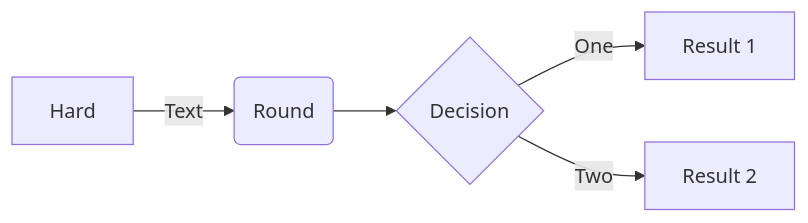
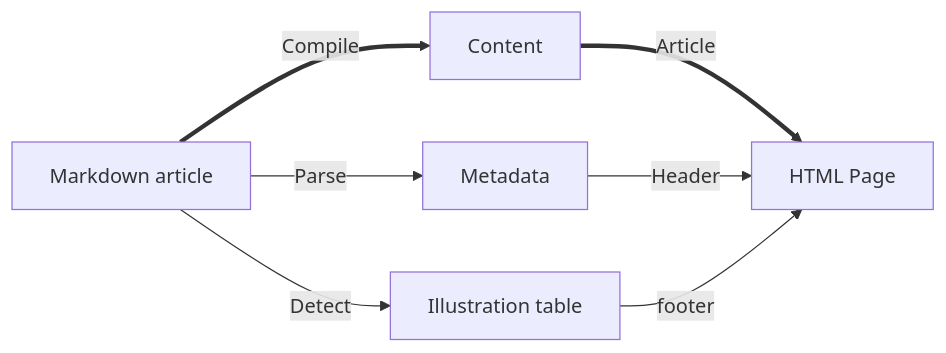
Before and after one commit to d0rianb/blogd: the diagram in articles/how-this-blog-works.md, drawn with Mermaid. The commit also changed other lines of this file and 4 other files, not shown here.

````diff
--- a/articles/how-this-blog-works.md
+++ b/articles/how-this-blog-works.md
@@ -73,8 +127,6 @@
 ```mermaid
 flowchart LR
-
-A[Hard] -->|Text| B(Round);
-B --> C{Decision};
-C -->|One| D[Result 1];
-C -->|Two| E[Result 2];
+A[Markdown article] ==>|Compile| AB[Content] ==>|Article| B[HTML Page]
+A -->|Parse| C[Metadata] -->|Header| B
+A -->|Detect| D[Illustration table] -->|footer| B
 ```
````
